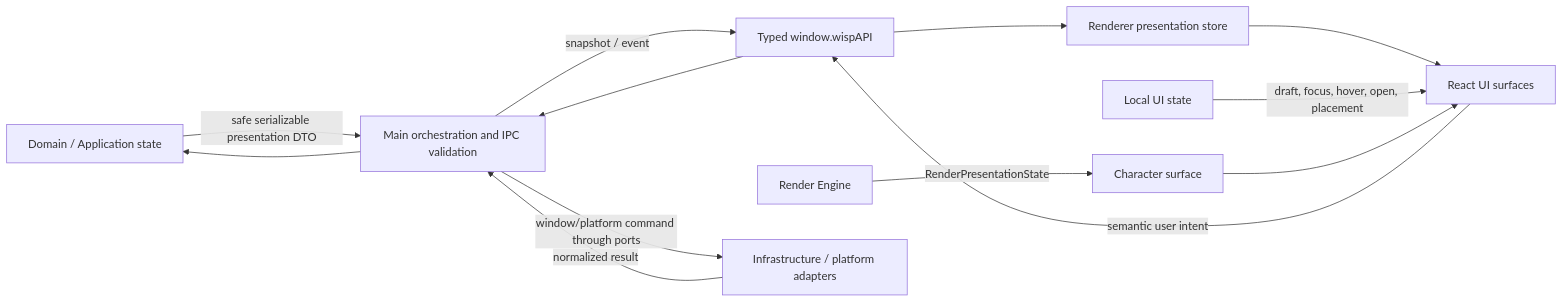
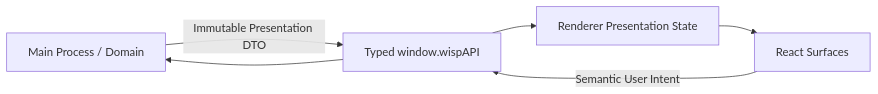
Before and after one commit to zyzycode/project_wisp: the diagram in docs/engine/UI_SPEC.md, drawn with Mermaid. The commit also changed other lines of this file, not shown here.

Commit message:
docs(engine): rework UI_SPEC.md into concise architectural brief

````diff
--- a/docs/engine/UI_SPEC.md
+++ b/docs/engine/UI_SPEC.md
@@ -11,20 +15,8 @@
 ```mermaid
 flowchart LR
-  Domain[Domain / Application state]
-  Main[Main orchestration and IPC validation]
-  Preload[Typed window.wispAPI]
-  Store[Renderer presentation store]
-  UI[React UI surfaces]
-  Local[Local UI state]
-  Render[Render Engine]
-  Character[Character surface]
-  Platform[Infrastructure / platform adapters]
-
-  Domain -->|safe serializable presentation DTO| Main
-  Main -->|snapshot / event| Preload --> Store --> UI
-  UI -->|semantic user intent| Preload --> Main --> Domain
-  Local -->|draft, focus, hover, open, placement| UI
-  Render -->|RenderPresentationState| Character --> UI
-  Main -->|window/platform command through ports| Platform
-  Platform -->|normalized result| Main
+  Main[Main Process / Domain] -->|Immutable Presentation DTO| Preload[Typed window.wispAPI]
+  Preload --> Store[Renderer Presentation State]
+  Store --> UI[React Surfaces]
+  UI -->|Semantic User Intent| Preload
+  Preload --> Main
 ```
````
